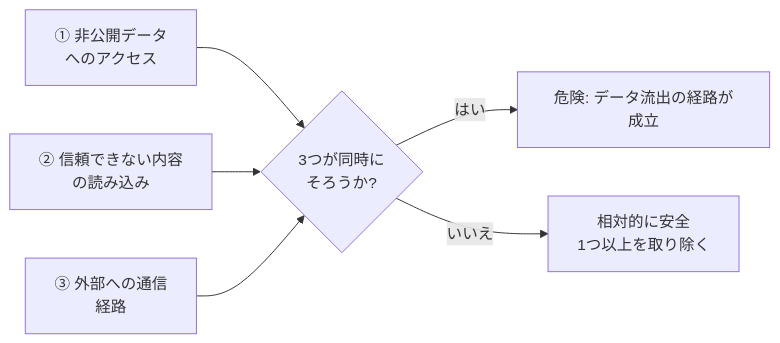
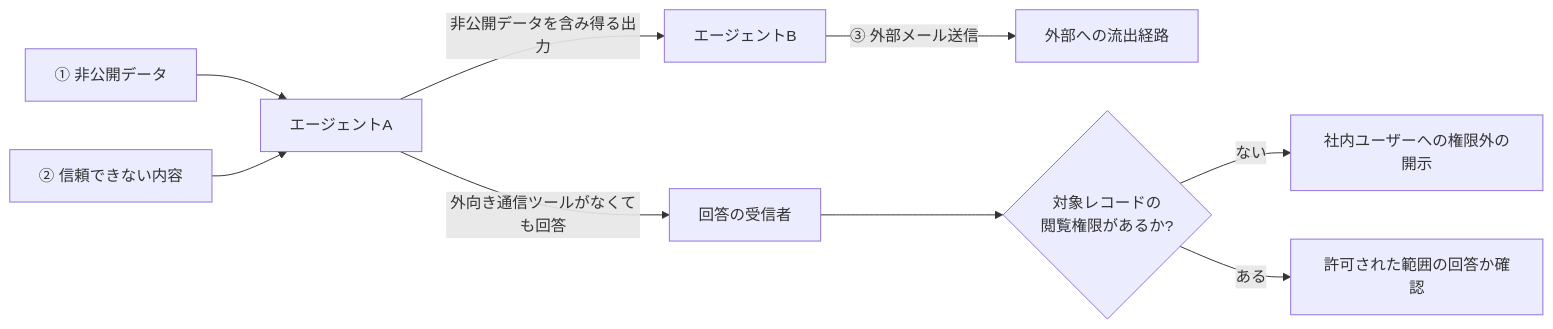
Before and after one commit to myoshi2891/Security_Studies: diagram 11 of 14 in Scs-evaluation-threat-analysis-guide.md, drawn with Mermaid. The commit also changed other lines of this file, not shown here.

````diff
--- a/Scs-evaluation-threat-analysis-guide.md
+++ b/Scs-evaluation-threat-analysis-guide.md
@@ -630,8 +631,11 @@
 ```mermaid
 flowchart LR
-    A["① 非公開データ<br/>へのアクセス"] --> X{"3つが同時に<br/>そろうか?"}
-    B["② 信頼できない内容<br/>の読み込み"] --> X
-    C["③ 外部への通信<br/>経路"] --> X
-    X -->|"はい"| R["危険: データ流出の経路が成立"]
-    X -->|"いいえ"| S["相対的に安全<br/>1つ以上を取り除く"]
+    P["① 非公開データ"] --> A["エージェントA"]
+    U["② 信頼できない内容"] --> A
+    A -->|"非公開データを含み得る出力"| B["エージェントB"]
+    B -->|"③ 外部メール送信"| E["外部への流出経路"]
+    A -->|"外向き通信ツールがなくても回答"| R["回答の受信者"]
+    R --> Q{"対象レコードの<br/>閲覧権限があるか?"}
+    Q -->|"ない"| L["社内ユーザーへの権限外の開示"]
+    Q -->|"ある"| C["許可された範囲の回答か確認"]
 ```
````
